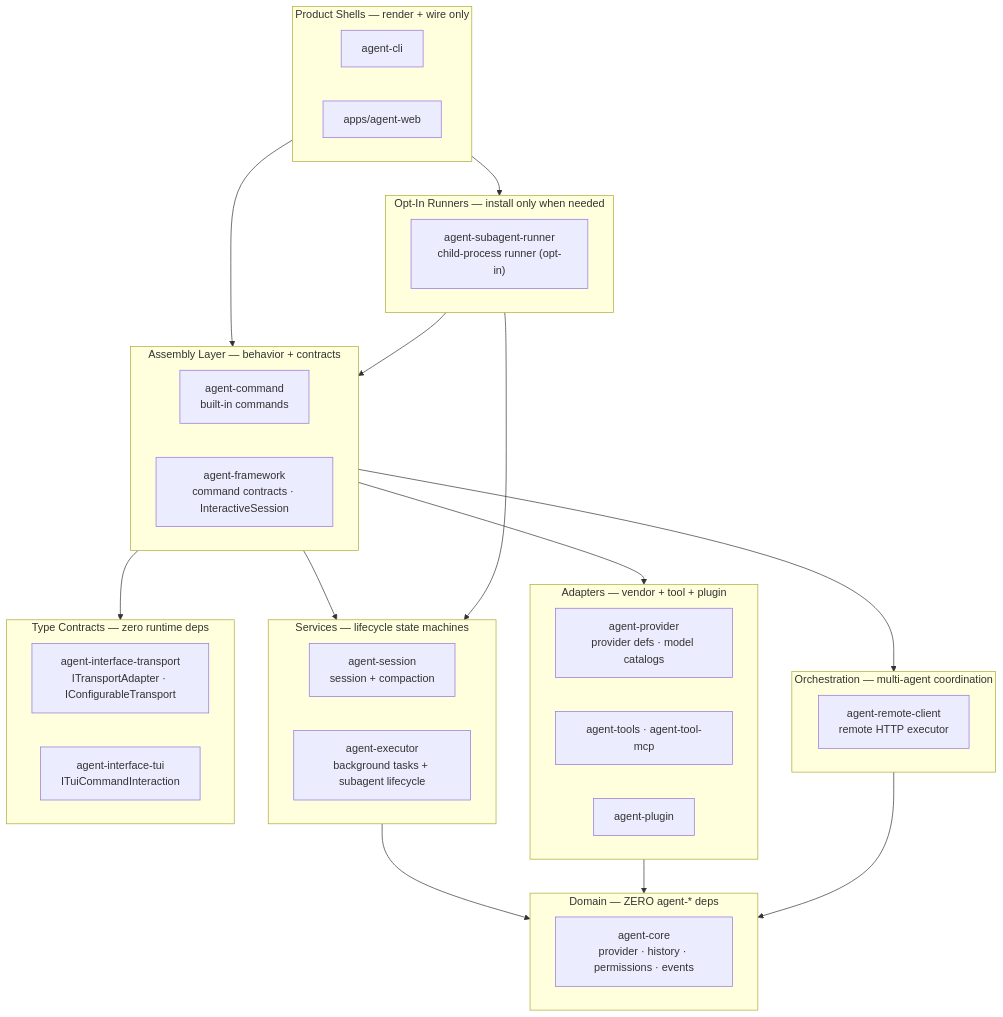
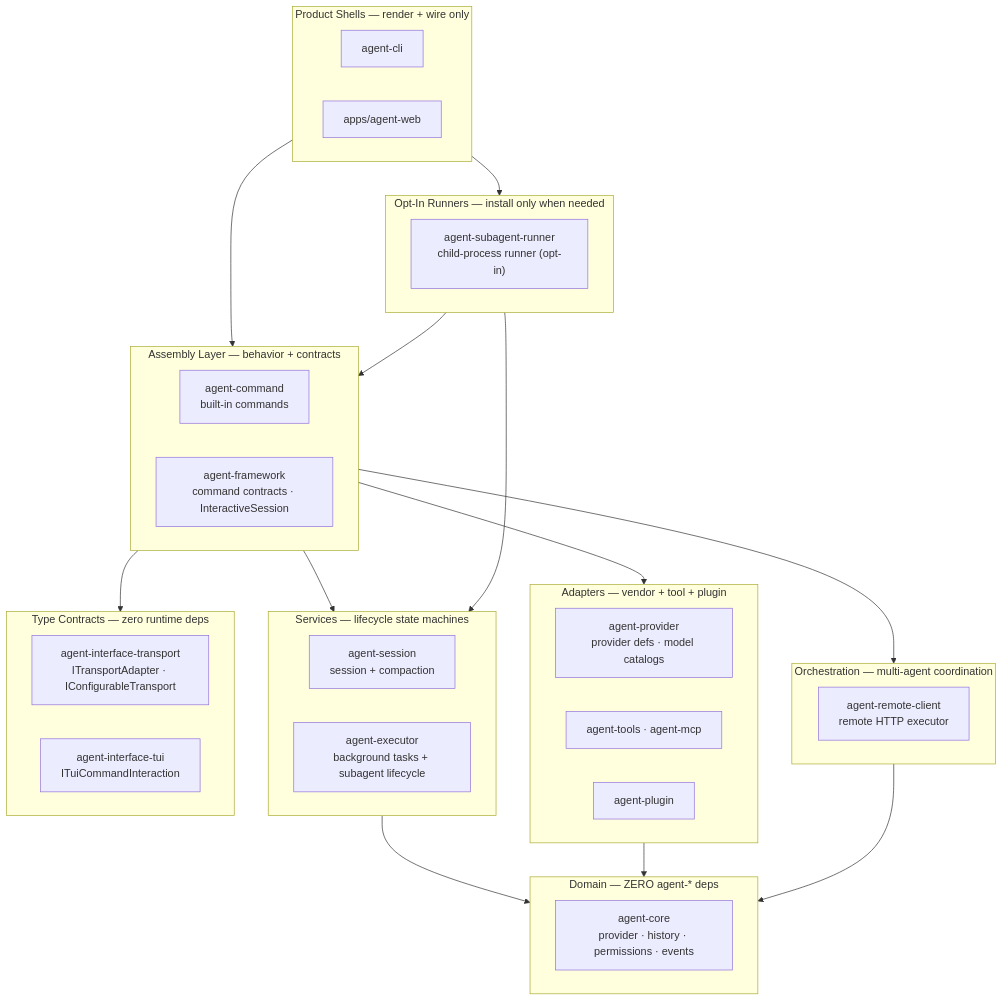
One commit to woojubb/robota changed the diagram in .agents/specs/architecture-map/capability-placement.md. Above: the diagram before and after it, drawn with Mermaid. The commit also changed other lines of this file and 70 other files, not shown here.

````diff
--- a/.agents/specs/architecture-map/capability-placement.md
+++ b/.agents/specs/architecture-map/capability-placement.md
@@ -14,45 +14,45 @@
 ```mermaid
 flowchart TB
   subgraph Shell["Product Shells — render + wire only"]
     CLI2["agent-cli"]
     Web["apps/agent-web"]
   end
   subgraph Assembly["Assembly Layer — behavior + contracts"]
     CMD["agent-command\nbuilt-in commands"]
     FW["agent-framework\ncommand contracts · InteractiveSession"]
   end
   subgraph Services["Services — lifecycle state machines"]
     SESS["agent-session\nsession + compaction"]
     EXEC["agent-executor\nbackground tasks + subagent lifecycle"]
   end
   subgraph OptIn["Opt-In Runners — install only when needed"]
     SUBRUN["agent-subagent-runner\nchild-process runner (opt-in)"]
   end
   subgraph Adapters["Adapters — vendor + tool + plugin"]
     PROV["agent-provider\nprovider defs · model catalogs"]
-    TOOLS["agent-tools · agent-tool-mcp"]
+    TOOLS["agent-tools · agent-mcp"]
     PLUGIN["agent-plugin"]
   end
   subgraph Orchestration["Orchestration — multi-agent coordination"]
     REMOTE["agent-remote-client\nremote HTTP executor"]
   end
   subgraph TypeContracts["Type Contracts — zero runtime deps"]
     IFTRANSPORT["agent-interface-transport\nITransportAdapter · IConfigurableTransport"]
     IFTUI["agent-interface-tui\nITuiCommandInteraction"]
   end
   subgraph Domain["Domain — ZERO agent-* deps"]
     CORE["agent-core\nprovider · history · permissions · events"]
   end
 
   Shell --> Assembly
   Shell --> OptIn
   Assembly --> Services
   Assembly --> Adapters
   Assembly --> Orchestration
   Assembly --> TypeContracts
   Services --> Domain
   Adapters --> Domain
   Orchestration --> Domain
   OptIn --> Assembly
   OptIn --> Services
 ```
````
